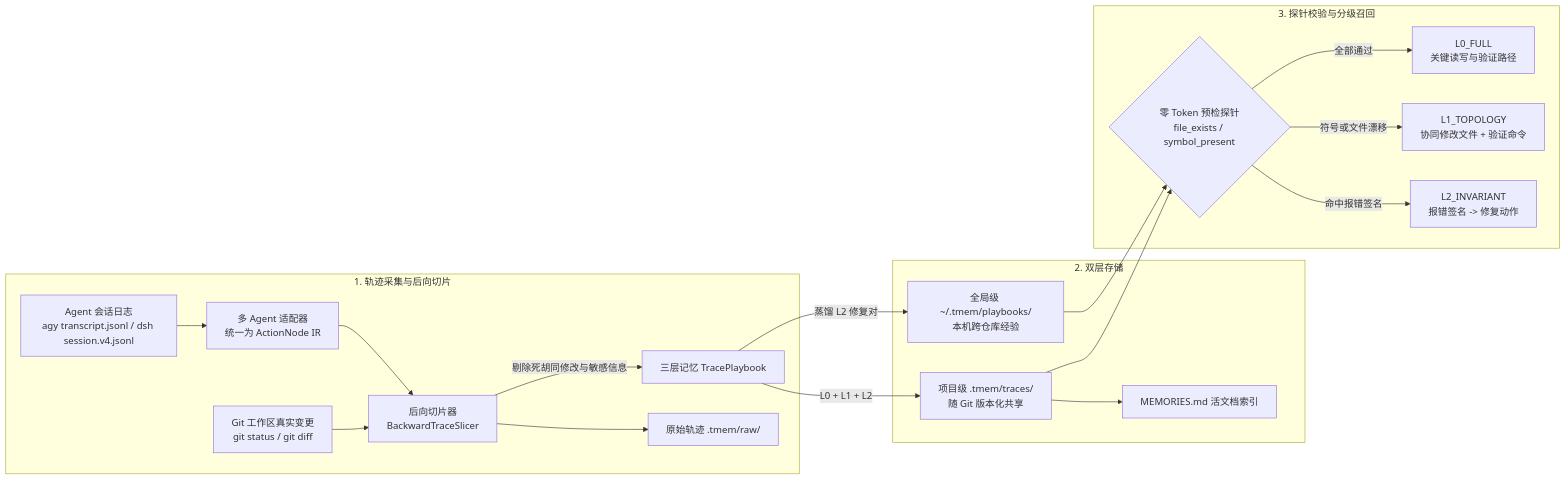
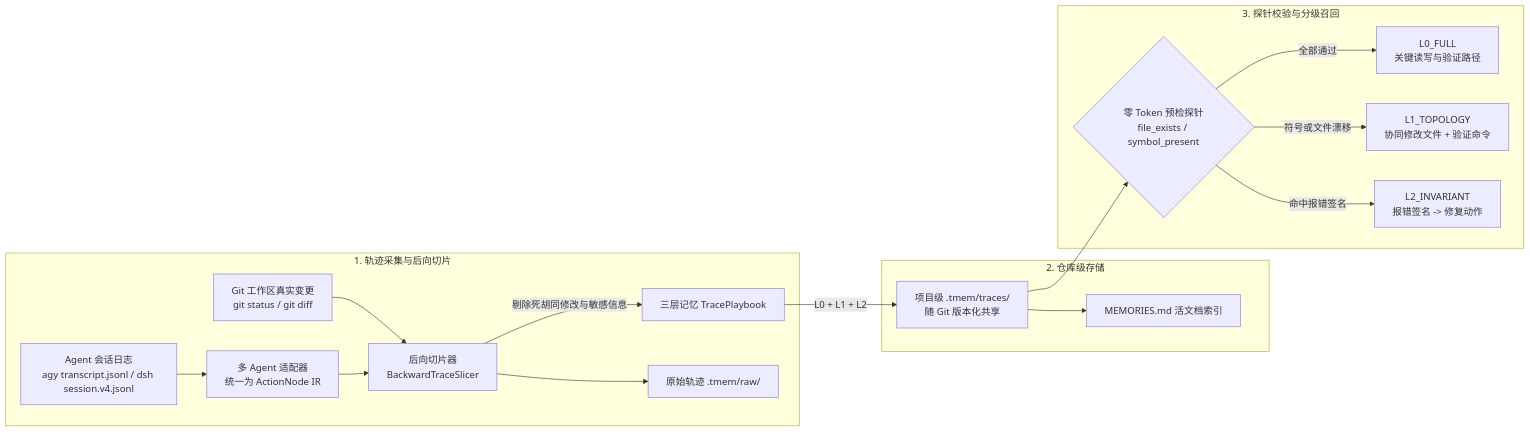
One commit to kentzjh-cmd/tmem changed the first of 2 diagrams in README.md. Above: the diagram before and after it, drawn with Mermaid. The commit also changed other lines of this file and 13 other files, not shown here.

````diff
--- a/README.md
+++ b/README.md
@@ -52,23 +52,22 @@
 ```mermaid
 flowchart LR
     subgraph Capture["1. 轨迹采集与后向切片"]
         T["Agent 会话日志<br/>agy transcript.jsonl / dsh session.v4.jsonl"] --> A["多 Agent 适配器<br/>统一为 ActionNode IR"]
         G["Git 工作区真实变更<br/>git status / git diff"] --> S["后向切片器<br/>BackwardTraceSlicer"]
         A --> S
         S -->|"剔除死胡同修改与敏感信息"| P["三层记忆 TracePlaybook"]
         S --> R["原始轨迹 .tmem/raw/"]
     end
 
-    subgraph Store["2. 双层存储"]
+    subgraph Store["2. 仓库级存储"]
         P -->|"L0 + L1 + L2"| Proj["项目级 .tmem/traces/<br/>随 Git 版本化共享"]
-        P -->|"蒸馏 L2 修复对"| Glob["全局级 ~/.tmem/playbooks/<br/>本机跨仓库经验"]
         Proj --> Doc["MEMORIES.md 活文档索引"]
     end
 
     subgraph Recall["3. 探针校验与分级召回"]
-        Proj & Glob --> Guard{"零 Token 预检探针<br/>file_exists / symbol_present"}
+        Proj --> Guard{"零 Token 预检探针<br/>file_exists / symbol_present"}
         Guard -->|"全部通过"| L0["L0_FULL<br/>关键读写与验证路径"]
         Guard -->|"符号或文件漂移"| L1["L1_TOPOLOGY<br/>协同修改文件 + 验证命令"]
         Guard -->|"命中报错签名"| L2["L2_INVARIANT<br/>报错签名 -> 修复动作"]
     end
 ```
````
